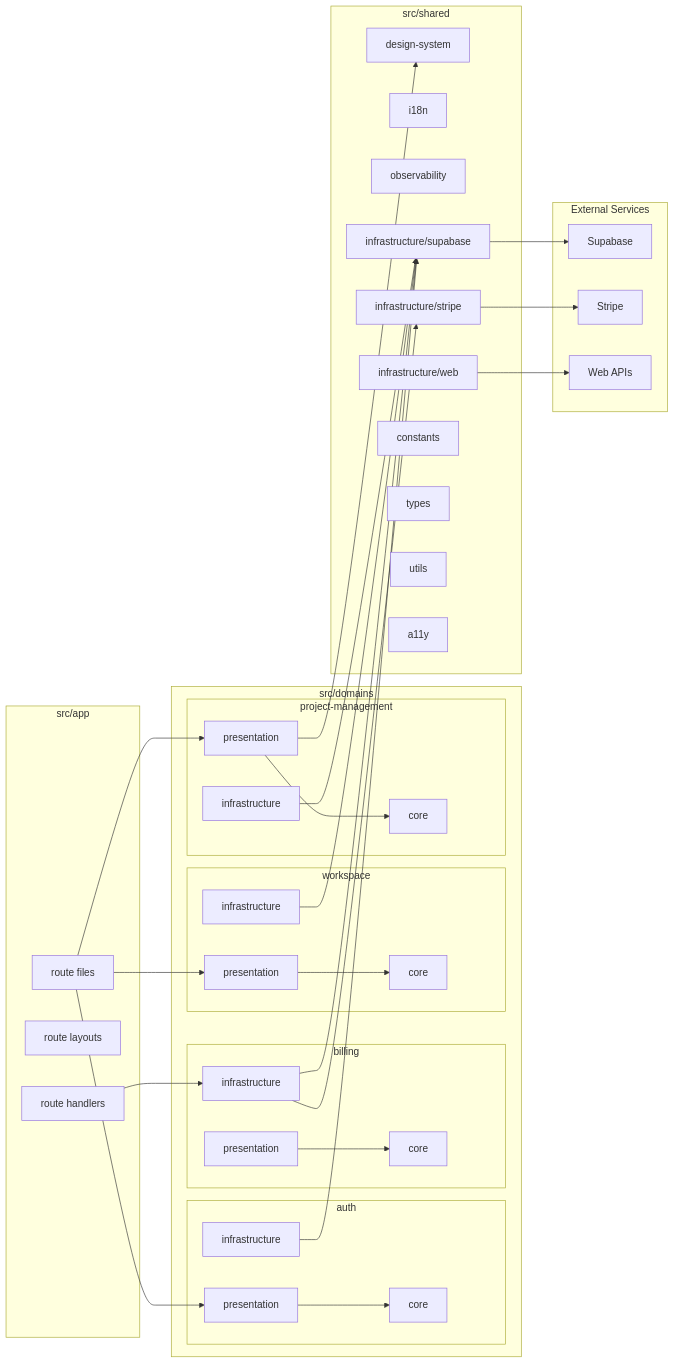
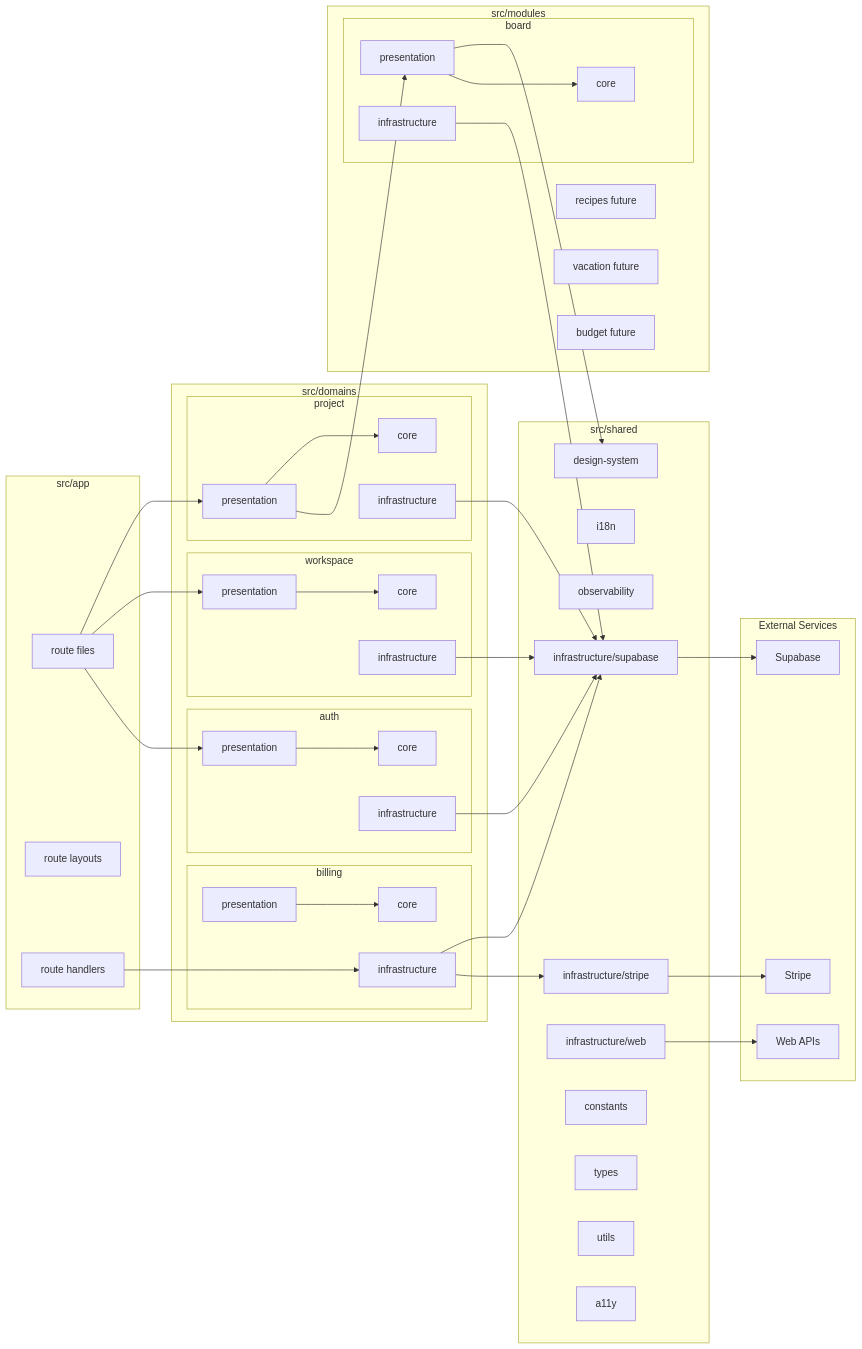
Before and after one commit to mc6ril/workbench: the fourth of 5 diagrams in .cursor/docs/flowchart.md, drawn with Mermaid. The commit also changed other lines of this file and 34 other files, not shown here.

```diff
--- a/.cursor/docs/flowchart.md
+++ b/.cursor/docs/flowchart.md
@@ -112,11 +108,23 @@
          WORKSPACE_INFRA[infrastructure]
       end
 
-      subgraph PM[project-management]
-         PM_PRE[presentation]
-         PM_CORE[core]
-         PM_INFRA[infrastructure]
+      subgraph PROJECT[project]
+         PROJECT_PRE[presentation]
+         PROJECT_CORE[core]
+         PROJECT_INFRA[infrastructure]
       end
+   end
+
+   subgraph MODULES[src/modules]
+      subgraph BOARD[board]
+         BOARD_PRE[presentation]
+         BOARD_CORE[core]
+         BOARD_INFRA[infrastructure]
+      end
+
+      RECIPES[recipes future]
+      VACATION[vacation future]
+      BUDGET[budget future]
    end
 
    subgraph SHARED[src/shared]
@@ -140,7 +148,8 @@
 
    APP1 --> AUTH_PRE
    APP1 --> WORKSPACE_PRE
-   APP1 --> PM_PRE
+   APP1 --> PROJECT_PRE
+   PROJECT_PRE --> BOARD_PRE
    APP3 --> BILLING_INFRA
 
    AUTH_PRE --> AUTH_CORE
@@ -153,9 +162,12 @@
    WORKSPACE_PRE --> WORKSPACE_CORE
    WORKSPACE_INFRA --> SHARED_4
 
-   PM_PRE --> PM_CORE
-   PM_PRE --> SHARED_1
-   PM_INFRA --> SHARED_4
+   PROJECT_PRE --> PROJECT_CORE
+   PROJECT_INFRA --> SHARED_4
+
+   BOARD_PRE --> BOARD_CORE
+   BOARD_PRE --> SHARED_1
+   BOARD_INFRA --> SHARED_4
 
    SHARED_4 --> EXT1
    SHARED_5 --> EXT2
```
